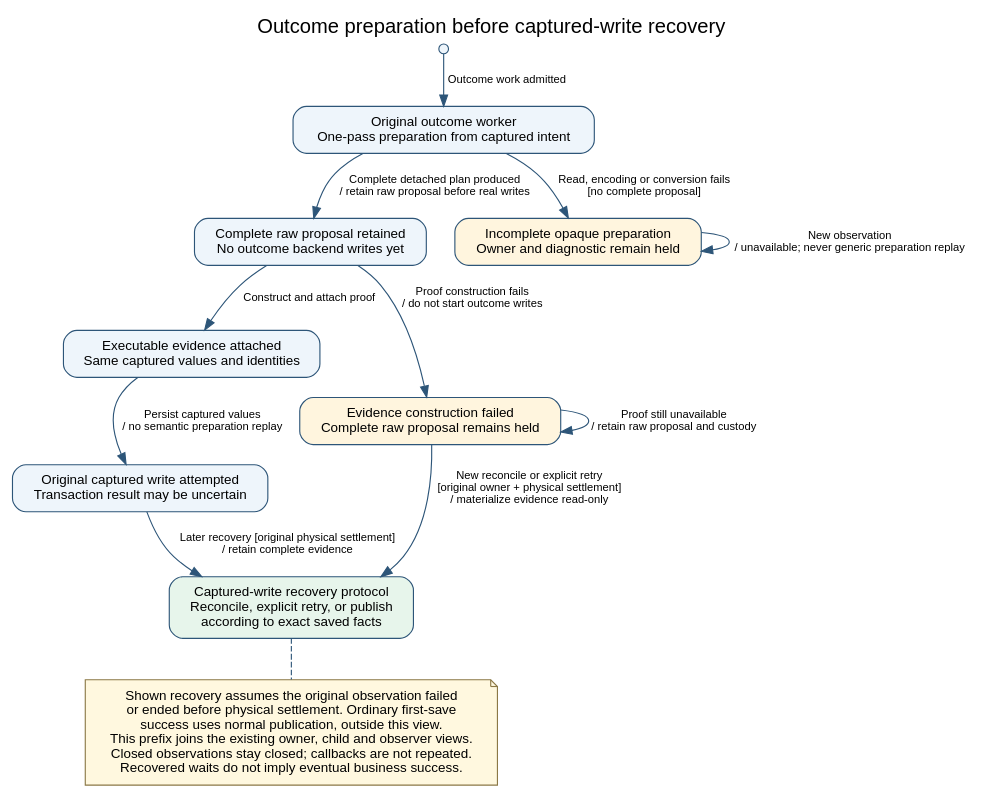
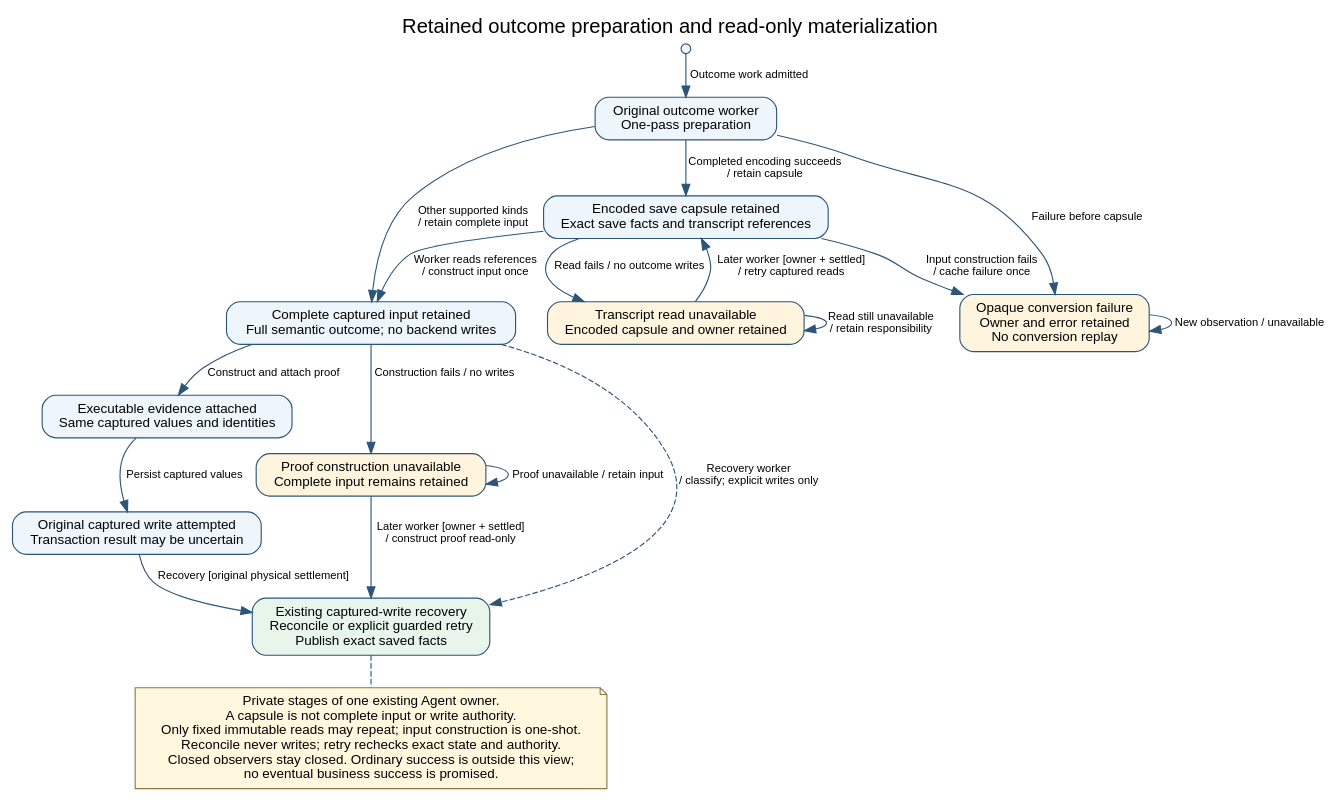
The diagram in spec/models/native_parent_outcome_recovery/preparation-prefix.dot (Raizo-TCS/phronomy), drawn with Graphviz before and after one commit. The commit also changed 13 other files, not shown here.

Commit message:
fix: retain encoded outcomes across transcript read failures

```diff
--- a/spec/models/native_parent_outcome_recovery/preparation-prefix.dot
+++ b/spec/models/native_parent_outcome_recovery/preparation-prefix.dot
@@ -1,25 +1,34 @@
 digraph OutcomePreparationPrefix {
-  graph [rankdir=TB, bgcolor="white", label="Outcome preparation before captured-write recovery", labelloc=t, fontname="sans-serif", fontsize=18, nodesep=0.35, ranksep=0.5];
-  node [shape=box, style="rounded,filled", fillcolor="#eef5fb", color="#2d5578", fontname="sans-serif", fontsize=12, margin="0.16,0.11"];
+  graph [rankdir=TB, bgcolor="white", label="Retained outcome preparation and read-only materialization", labelloc=t, fontname="sans-serif", fontsize=18, nodesep=0.28, ranksep=0.38];
+  node [shape=box, style="rounded,filled", fillcolor="#eef5fb", color="#2d5578", fontname="sans-serif", fontsize=12, margin="0.13,0.09"];
   edge [color="#2d5578", fontname="sans-serif", fontsize=10];
   start [shape=point, width=0.12, label=""];
-  preparing [label="Original outcome worker\nOne-pass preparation from captured intent"];
-  raw [label="Complete raw proposal retained\nNo outcome backend writes yet"];
+  preparing [label="Original outcome worker\nOne-pass preparation"];
+  capsule [label="Encoded save capsule retained\nExact save facts and transcript references"];
+  hydration_failed [label="Transcript read unavailable\nEncoded capsule and owner retained", fillcolor="#fff5de"];
+  raw [label="Complete captured input retained\nFull semantic outcome; no backend writes"];
   evidence [label="Executable evidence attached\nSame captured values and identities"];
   write [label="Original captured write attempted\nTransaction result may be uncertain"];
-  proof_failed [label="Evidence construction failed\nComplete raw proposal remains held", fillcolor="#fff5de"];
-  opaque [label="Incomplete opaque preparation\nOwner and diagnostic remain held", fillcolor="#fff5de"];
-  captured [label="Captured-write recovery protocol\nReconcile, explicit retry, or publish\naccording to exact saved facts", fillcolor="#e7f5eb"];
+  proof_failed [label="Proof construction unavailable\nComplete input remains retained", fillcolor="#fff5de"];
+  opaque [label="Opaque conversion failure\nOwner and error retained\nNo conversion replay", fillcolor="#fff5de"];
+  captured [label="Existing captured-write recovery\nReconcile or explicit guarded retry\nPublish exact saved facts", fillcolor="#e7f5eb"];
   start -> preparing [label="Outcome work admitted"];
-  preparing -> raw [label="Complete detached plan produced\n/ retain raw proposal before real writes"];
-  preparing -> opaque [label="Read, encoding or conversion fails\n[no complete proposal]"];
+  preparing -> capsule [label="Completed encoding succeeds\n/ retain capsule"];
+  preparing -> raw [label="Other supported kinds\n/ retain complete input"];
+  preparing -> opaque [label="Failure before capsule"];
+  capsule -> raw [label="Worker reads references\n/ construct input once"];
+  capsule -> hydration_failed [label="Read fails / no outcome writes"];
+  hydration_failed -> capsule [label="Later worker [owner + settled]\n/ retry captured reads"];
+  capsule -> opaque [label="Input construction fails\n/ cache failure once"];
+  hydration_failed -> hydration_failed [label="Read still unavailable\n/ retain responsibility"];
   raw -> evidence [label="Construct and attach proof"];
-  raw -> proof_failed [label="Proof construction fails\n/ do not start outcome writes"];
-  evidence -> write [label="Persist captured values\n/ no semantic preparation replay"];
-  write -> captured [label="Later recovery [original physical settlement]\n/ retain complete evidence"];
-  proof_failed -> captured [label="New reconcile or explicit retry\n[original owner + physical settlement]\n/ materialize evidence read-only"];
-  proof_failed -> proof_failed [label="Proof still unavailable\n/ retain raw proposal and custody"];
-  opaque -> opaque [label="New observation\n/ unavailable; never generic preparation replay"];
-  note [shape=note, fillcolor="#fff8df", color="#8b7846", label="Shown recovery assumes the original observation failed\nor ended before physical settlement. Ordinary first-save\nsuccess uses normal publication, outside this view.\nThis prefix joins the existing owner, child and observer views.\nClosed observations stay closed; callbacks are not repeated.\nRecovered waits do not imply eventual business success."];
+  raw -> proof_failed [label="Construction fails / no writes"];
+  evidence -> write [label="Persist captured values"];
+  write -> captured [label="Recovery [original physical settlement]"];
+  proof_failed -> captured [label="Later worker [owner + settled]\n/ construct proof read-only"];
+  proof_failed -> proof_failed [label="Proof unavailable / retain input"];
+  opaque -> opaque [label="New observation / unavailable"];
+  raw -> captured [style=dashed, label="Recovery worker\n/ classify; explicit writes only"];
+  note [shape=note, fillcolor="#fff8df", color="#8b7846", label="Private stages of one existing Agent owner.\nA capsule is not complete input or write authority.\nOnly fixed immutable reads may repeat; input construction is one-shot.\nReconcile never writes; retry rechecks exact state and authority.\nClosed observers stay closed. Ordinary success is outside this view;\nno eventual business success is promised."];
   captured -> note [style=dashed, arrowhead=none];
 }
```
